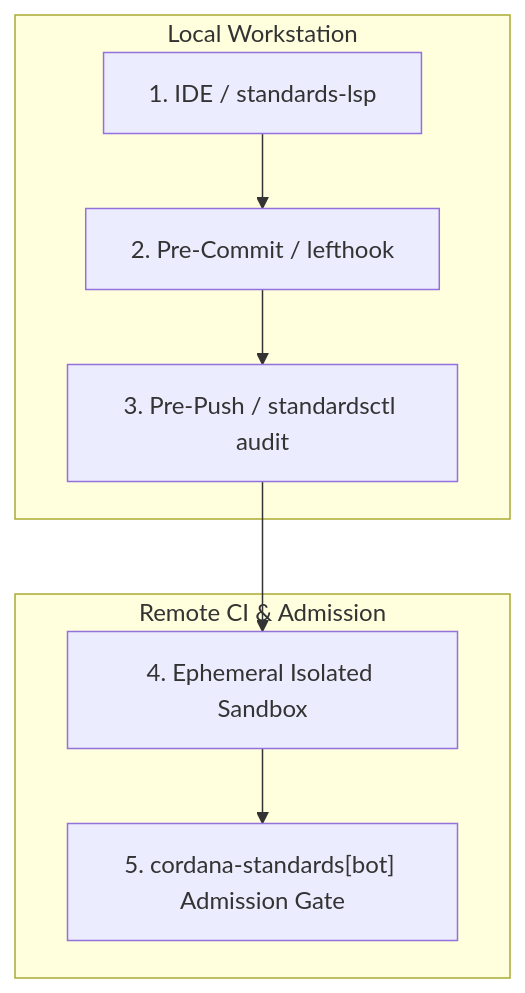
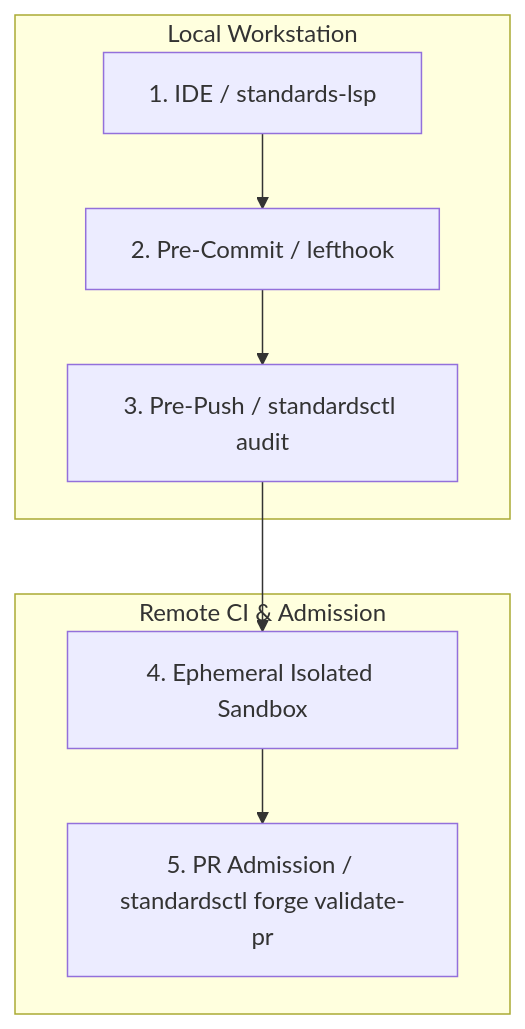
The diagram in docs/wiki/HISS-Matrix.md (cordanaLLM/praetor), drawn with Mermaid before and after one commit. The commit also changed other lines of this file and 50 other files, not shown here.

````diff
--- a/docs/wiki/HISS-Matrix.md
+++ b/docs/wiki/HISS-Matrix.md
@@ -46,11 +46,11 @@
 ```mermaid
 flowchart TD
     subgraph Local["Local Workstation"]
         LSP["1. IDE / standards-lsp"] --> HOOK["2. Pre-Commit / lefthook"]
         HOOK --> AUDIT["3. Pre-Push / standardsctl audit"]
     end
     subgraph Remote["Remote CI & Admission"]
         AUDIT --> CI["4. Ephemeral Isolated Sandbox"]
-        CI --> BOT["5. cordana-standards[bot] Admission Gate"]
+        CI --> ADMIT["5. PR Admission / standardsctl forge validate-pr"]
     end
 ```
````
